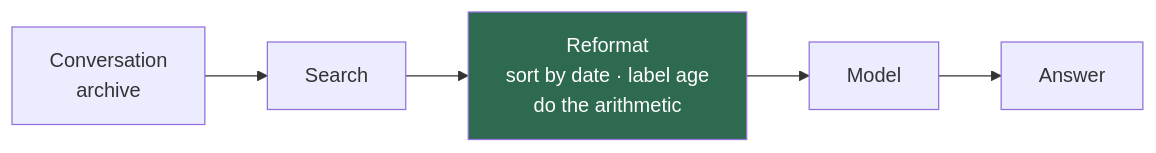
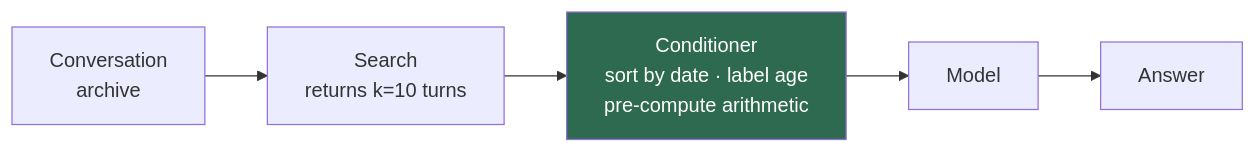
One commit to i-shantt/llm-memory-conditioning changed the diagram in README.md. Above: the diagram before and after it, drawn with Mermaid. The commit also changed other lines of this file, not shown here.

````diff
--- a/README.md
+++ b/README.md
@@ -35,8 +168,8 @@
 ```mermaid
 flowchart LR
-    A[Conversation<br/>archive] --> B[Search]
-    B --> C[Reformat<br/>sort by date · label age<br/>do the arithmetic]
+    A[Conversation<br/>archive] --> B[Search<br/>returns k=10 turns]
+    B --> C[Conditioner<br/>sort by date · label age<br/>pre-compute arithmetic]
     C --> D[Model]
     D --> E[Answer]
     style C fill:#2d6a4f,color:#fff
 ```
````
